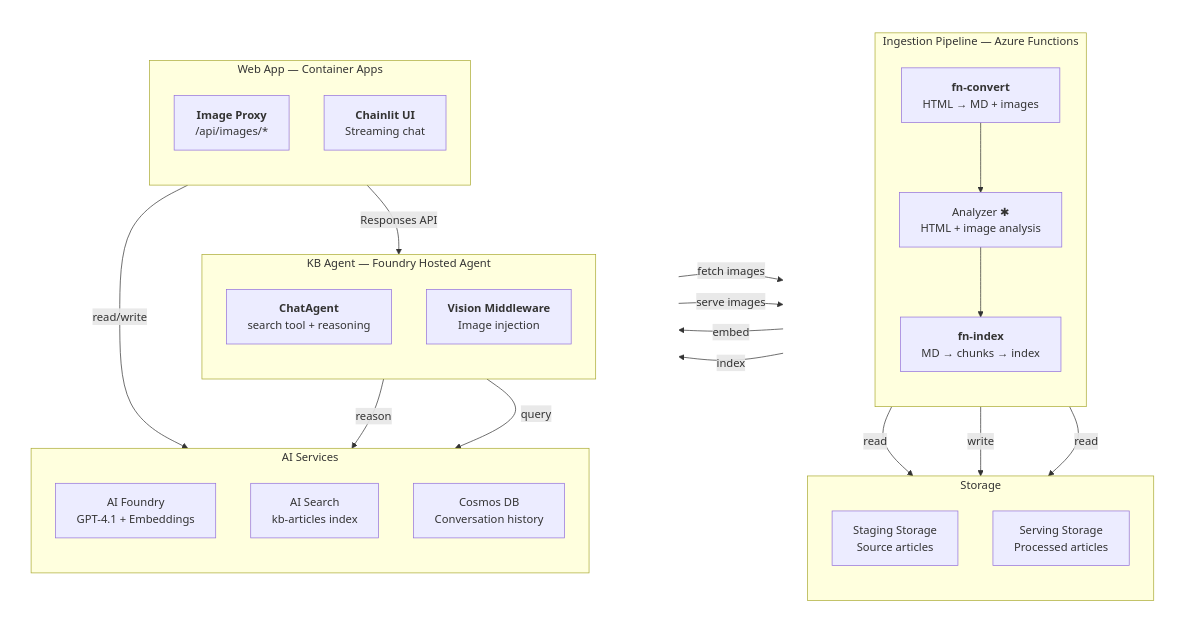
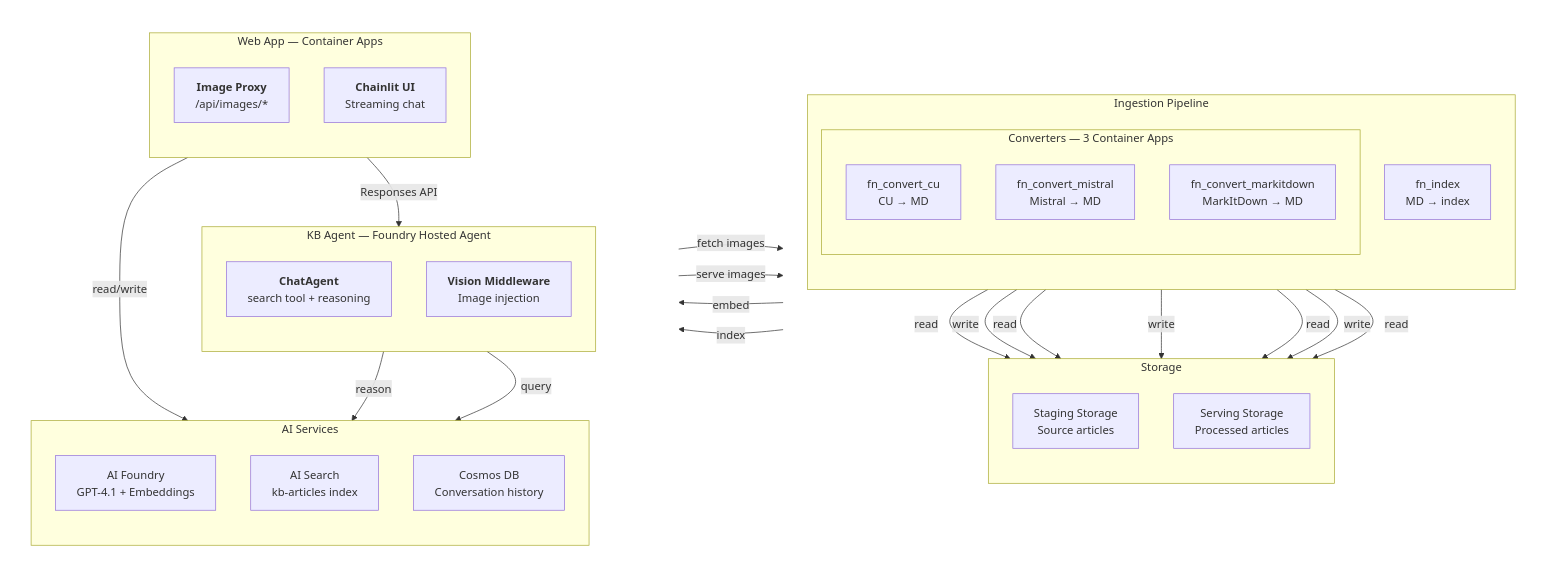
The diagram in README.md (aldelar/context-aware-vision-grounded-kb-agent), drawn with Mermaid before and after one commit. The commit also changed other lines of this file and 68 other files, not shown here.

````diff
--- a/README.md
+++ b/README.md
@@ -99,56 +100,62 @@
 ```mermaid
 flowchart LR
     subgraph left[" "]
         direction TB
-        subgraph Pipeline["Ingestion Pipeline — Azure Functions"]
+        subgraph Pipeline["Ingestion Pipeline"]
             direction TB
-            CONV["<b>fn-convert</b><br/>HTML → MD + images"]
-            AN["Analyzer ✱<br/>HTML + image analysis"]
-            IDX["<b>fn-index</b><br/>MD → chunks → index"]
-            CONV --> AN --> IDX
+            subgraph Converters["Converters — 3 Container Apps"]
+                CVT_CU["fn_convert_cu<br/>CU → MD"]
+                CVT_MIS["fn_convert_mistral<br/>Mistral → MD"]
+                CVT_MIT["fn_convert_markitdown<br/>MarkItDown → MD"]
+            end
+            IDX["fn_index<br/>MD → index"]
         end
         subgraph Sources["Storage"]
             direction TB
             SA1["Staging Storage<br/>Source articles"]
             SA2["Serving Storage<br/>Processed articles"]
         end
     end
 
     subgraph right[" "]
         direction TB
         subgraph Center["AI Services"]
             direction TB
             AF["AI Foundry<br/>GPT-4.1 + Embeddings"]
             AIS["AI Search<br/>kb-articles index"]
             COSMOS["Cosmos DB<br/>Conversation history"]
         end
         subgraph AgentSvc["KB Agent — Foundry Hosted Agent"]
             direction TB
             AGENT["<b>ChatAgent</b><br/>search tool + reasoning"]
             VIS["<b>Vision Middleware</b><br/>Image injection"]
         end
         subgraph WebApp["Web App — Container Apps"]
             direction TB
             PROXY["<b>Image Proxy</b><br/>/api/images/*"]
             CHAT["<b>Chainlit UI</b><br/>Streaming chat"]
         end
     end
 
-    CONV -->|read| SA1
-    CONV -->|write| SA2
+    CVT_CU -->|read| SA1
+    CVT_CU -->|write| SA2
+    CVT_MIS -->|read| SA1
+    CVT_MIS -->|write| SA2
+    CVT_MIT -->|read| SA1
+    CVT_MIT -->|write| SA2
     IDX -->|read| SA2
 
     IDX -->|embed| AF
     IDX -->|index| AIS
 
     AGENT -->|reason| AF
     AGENT -->|query| AIS
     VIS -->|fetch images| SA2
 
     CHAT -->|Responses API| AGENT
     CHAT -->|read/write| COSMOS
     PROXY -->|serve images| SA2
 
     classDef invisible fill:none,stroke:none;
     class left,right invisible;
 ```
````
